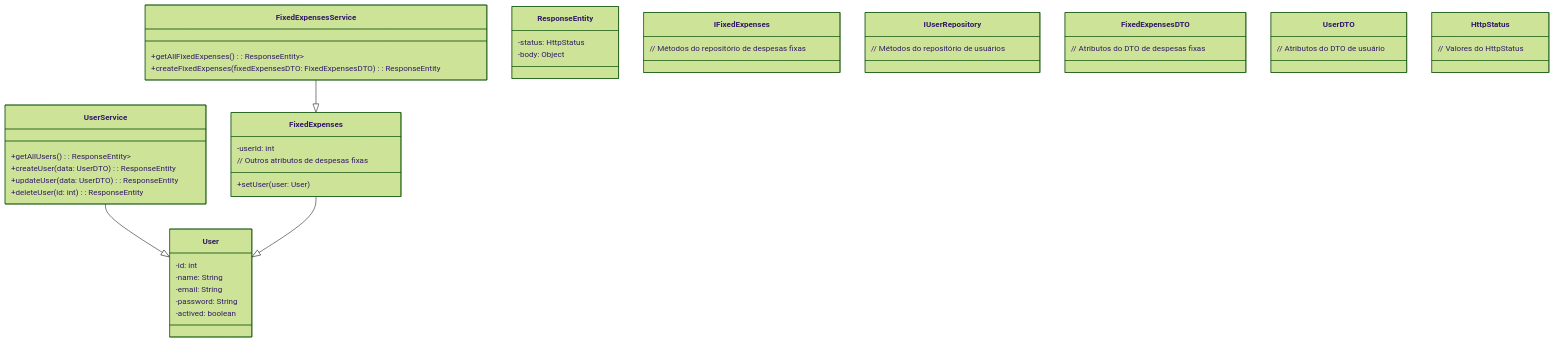
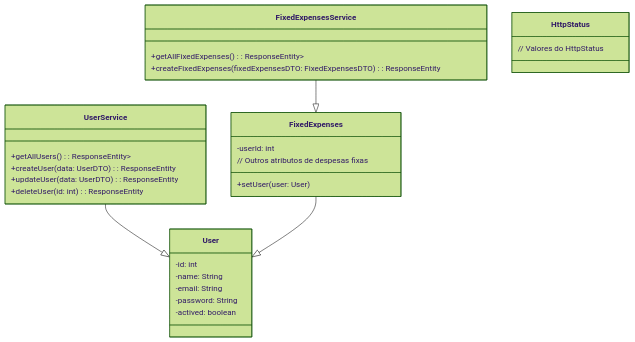
Before and after one commit to marciocarolino/budgetBuddy: the diagram in README.md, drawn with Mermaid (forest theme).

Commit message:
feat: class mermaid user

````diff
--- a/README.md
+++ b/README.md
@@ -4,57 +4,36 @@
 ```mermaid
 classDiagram
     class UserService {
         +getAllUsers(): ResponseEntity<List<User>>
         +createUser(data: UserDTO): ResponseEntity
         +updateUser(data: UserDTO): ResponseEntity
         +deleteUser(id: int): ResponseEntity
     }
 
     class FixedExpensesService {
         +getAllFixedExpenses(): ResponseEntity<List<FixedExpenses>>
         +createFixedExpenses(fixedExpensesDTO: FixedExpensesDTO): ResponseEntity
-    }
-
-    class ResponseEntity {
-        -status: HttpStatus
-        -body: Object
-    }
-
-    class IFixedExpenses {
-        // Métodos do repositório de despesas fixas
-    }
-
-    class IUserRepository {
-        // Métodos do repositório de usuários
-    }
-
-    class FixedExpensesDTO {
-        // Atributos do DTO de despesas fixas
-    }
-
-    class UserDTO {
-        // Atributos do DTO de usuário
     }
 
     class User {
         -id: int
         -name: String
         -email: String
         -password: String
         -actived: boolean
     }
 
     class FixedExpenses {
         -userId: int
         // Outros atributos de despesas fixas
         +setUser(user: User)
     }
 
     class HttpStatus {
         // Valores do HttpStatus
     }
 
     UserService --|> User
     FixedExpensesService --|> FixedExpenses
     FixedExpenses --|> User
 ```
````
